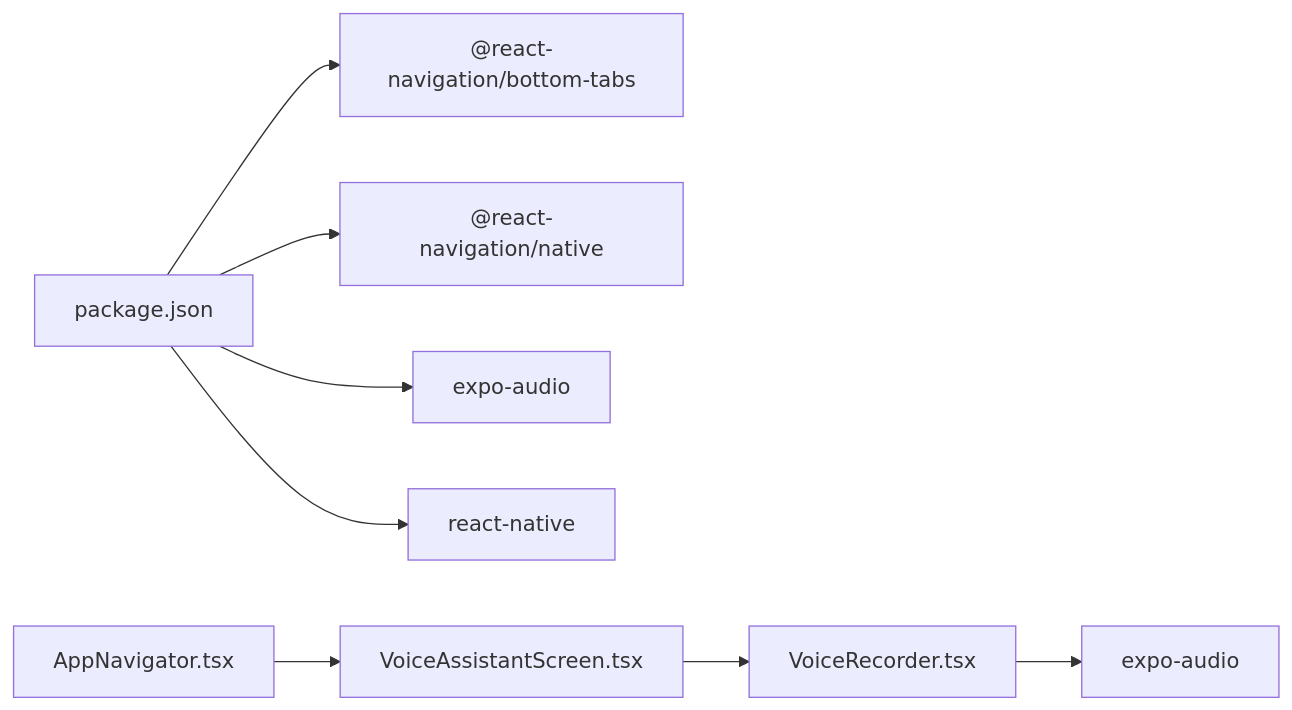
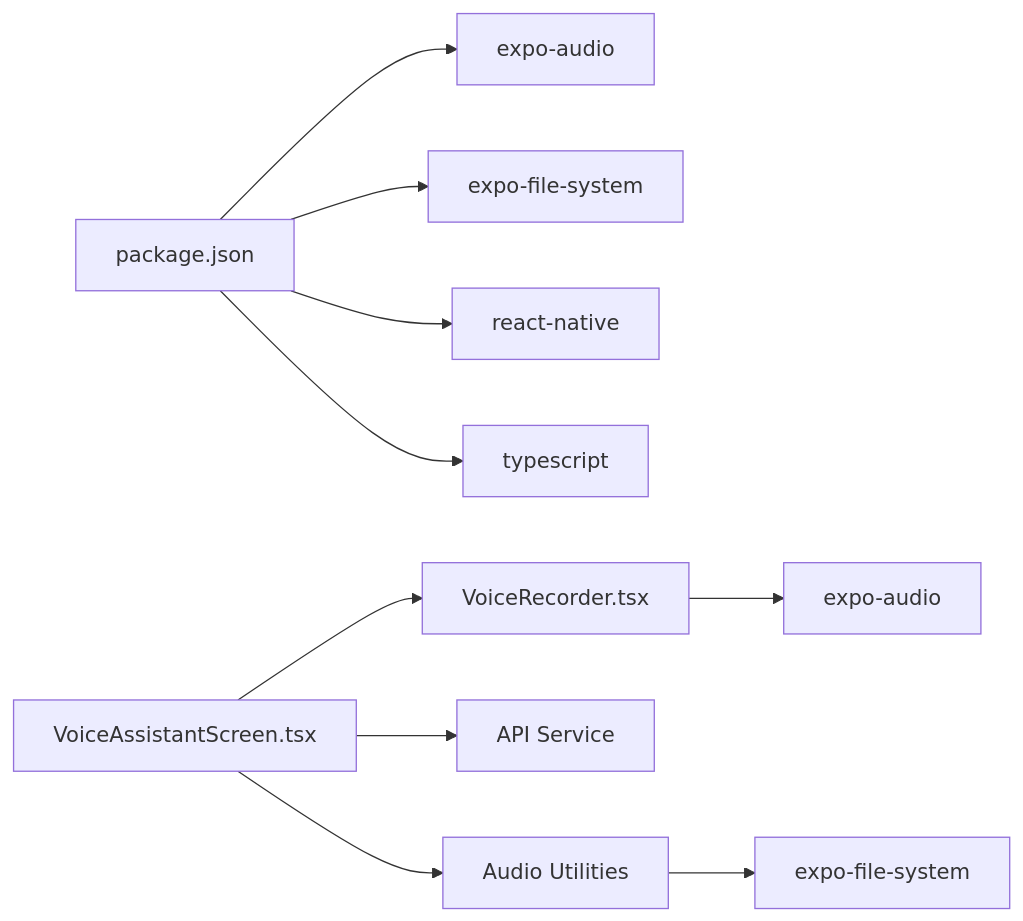
Before and after one commit to Aiman-Naeem/KisaanDost_AI_hackathon_Pakistan: the fourth of 4 diagrams in .qoder/repowiki/en/content/Voice Assistant Feature/Voice Assistant Screen Component.md, drawn with Mermaid. The commit also changed other lines of this file and 42 other files, not shown here.

````diff
--- a/.qoder/repowiki/en/content/Voice Assistant Feature/Voice Assistant Screen Component.md
+++ b/.qoder/repowiki/en/content/Voice Assistant Feature/Voice Assistant Screen Component.md
@@ -185,10 +299,12 @@
 ```mermaid
 graph LR
-P["package.json"] --> N1["@react-navigation/bottom-tabs"]
-P --> N2["@react-navigation/native"]
-P --> N3["expo-audio"]
-P --> N4["react-native"]
+P["package.json"] --> N1["expo-audio"]
+P --> N2["expo-file-system"]
+P --> N3["react-native"]
+P --> N4["typescript"]
 C["VoiceAssistantScreen.tsx"] --> R["VoiceRecorder.tsx"]
+C --> A["API Service"]
+C --> U["Audio Utilities"]
 R --> E["expo-audio"]
-B["AppNavigator.tsx"] --> C
+U --> F["expo-file-system"]
 ```
````
